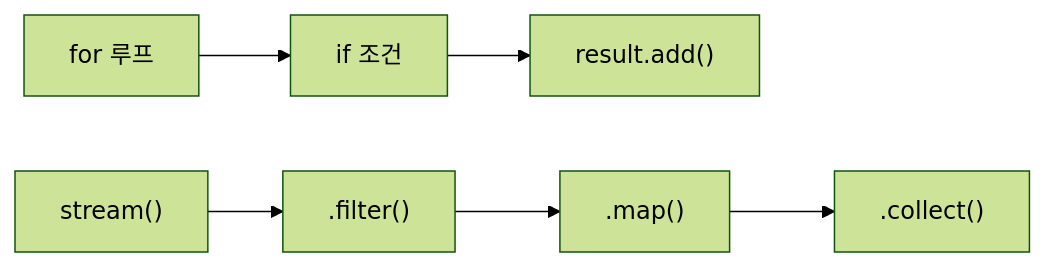
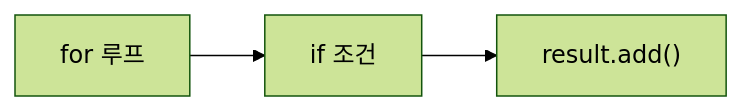
Before and after one commit to yjkim2015/yjkim2015.github.io: the first of 2 diagrams in _posts/java/2026-05-01-java-functional-programming.md, drawn with Mermaid (forest theme). The commit also changed 132 other files, not shown here.

First line of the commit message:
Mermaid 다이어그램 가독성 정리: 단순 제거, 노드 축소, TD→LR 변환

````diff
--- a/_posts/java/2026-05-01-java-functional-programming.md
+++ b/_posts/java/2026-05-01-java-functional-programming.md
@@ -20,8 +20,5 @@
 ```mermaid
 graph LR
     A["for 루프"] --> B["if 조건"]
     B --> C["result.add()"]
-    D["stream()"] --> E[".filter()"]
-    E --> F[".map()"]
-    F --> G[".collect()"]
 ```
````
